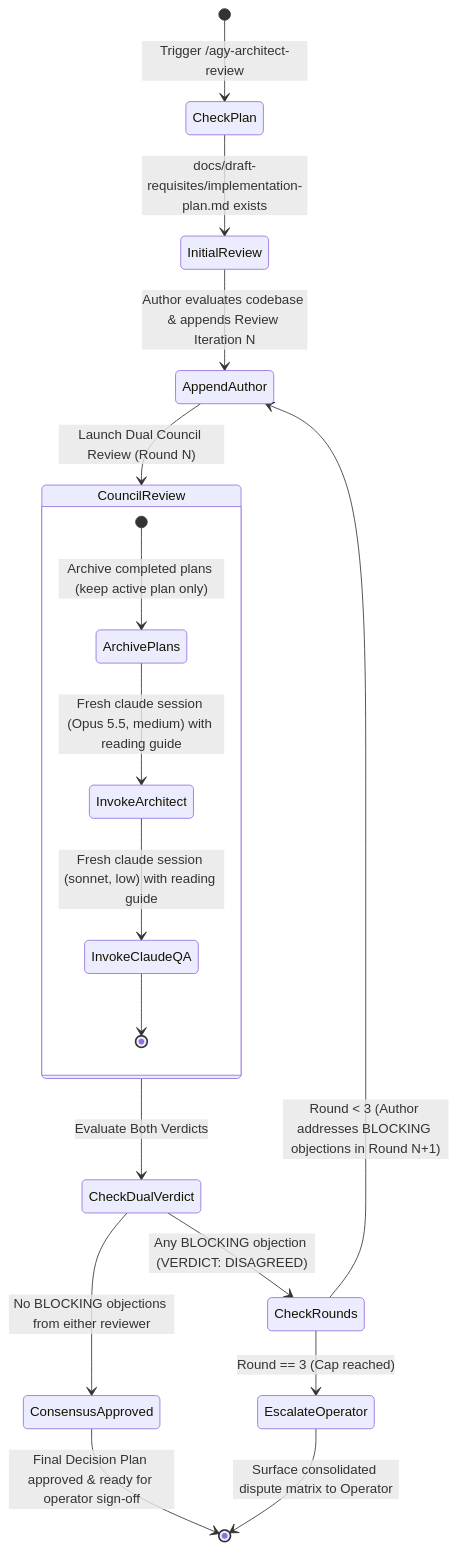
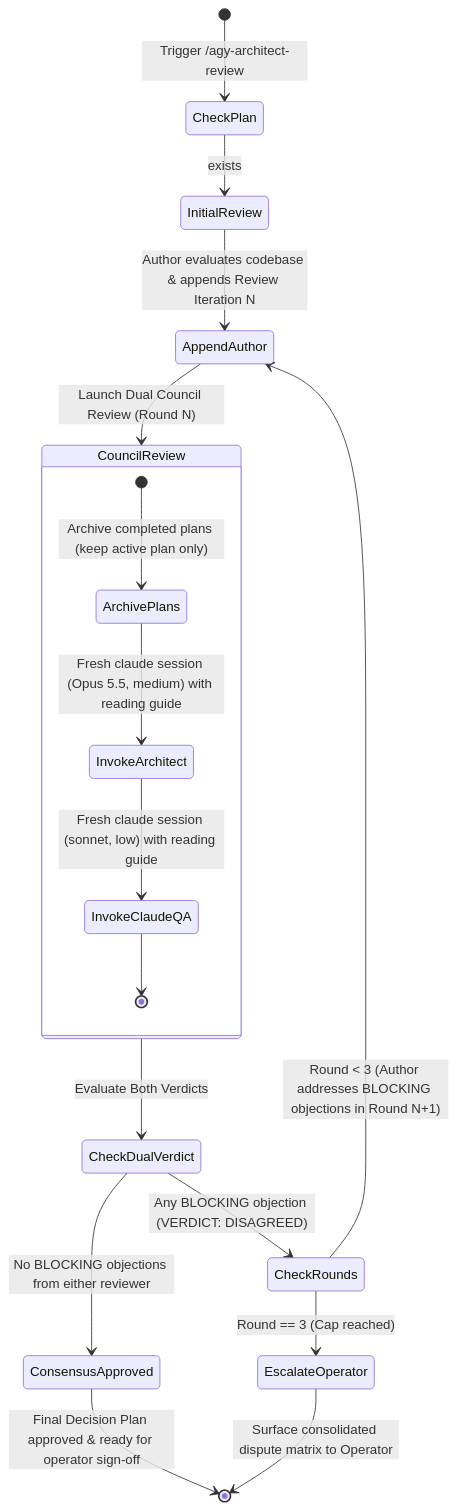
The diagram in .agents/skills/agy-architect-review/SKILL.md (AntaresAndBharani/graph-engineering), drawn with Mermaid before and after one commit. The commit also changed other lines of this file and 5 other files, not shown here.

First line of the commit message:
feat(skills): configurable plan file path for refine-story and agy-architect-review

````diff
--- a/.agents/skills/agy-architect-review/SKILL.md
+++ b/.agents/skills/agy-architect-review/SKILL.md
@@ -41,24 +49,24 @@
 ```mermaid
 stateDiagram-v2
     [*] --> CheckPlan: Trigger /agy-architect-review
-    CheckPlan --> InitialReview: docs/draft-requisites/implementation-plan.md exists
+    CheckPlan --> InitialReview: <PLAN> exists
     InitialReview --> AppendAuthor: Author evaluates codebase & appends Review Iteration N
 
     AppendAuthor --> CouncilReview: Launch Dual Council Review (Round N)
     state CouncilReview {
         [*] --> ArchivePlans: Archive completed plans (keep active plan only)
         ArchivePlans --> InvokeArchitect: Fresh claude session (Opus 5.5, medium) with reading guide
         InvokeArchitect --> InvokeClaudeQA: Fresh claude session (sonnet, low) with reading guide
         InvokeClaudeQA --> [*]
     }
 
     CouncilReview --> CheckDualVerdict: Evaluate Both Verdicts
 
     CheckDualVerdict --> ConsensusApproved: No BLOCKING objections from either reviewer
     ConsensusApproved --> [*]: Final Decision Plan approved & ready for operator sign-off
 
     CheckDualVerdict --> CheckRounds: Any BLOCKING objection (VERDICT: DISAGREED)
     CheckRounds --> AppendAuthor: Round < 3 (Author addresses BLOCKING objections in Round N+1)
     CheckRounds --> EscalateOperator: Round == 3 (Cap reached)
     EscalateOperator --> [*]: Surface consolidated dispute matrix to Operator
 ```
````
